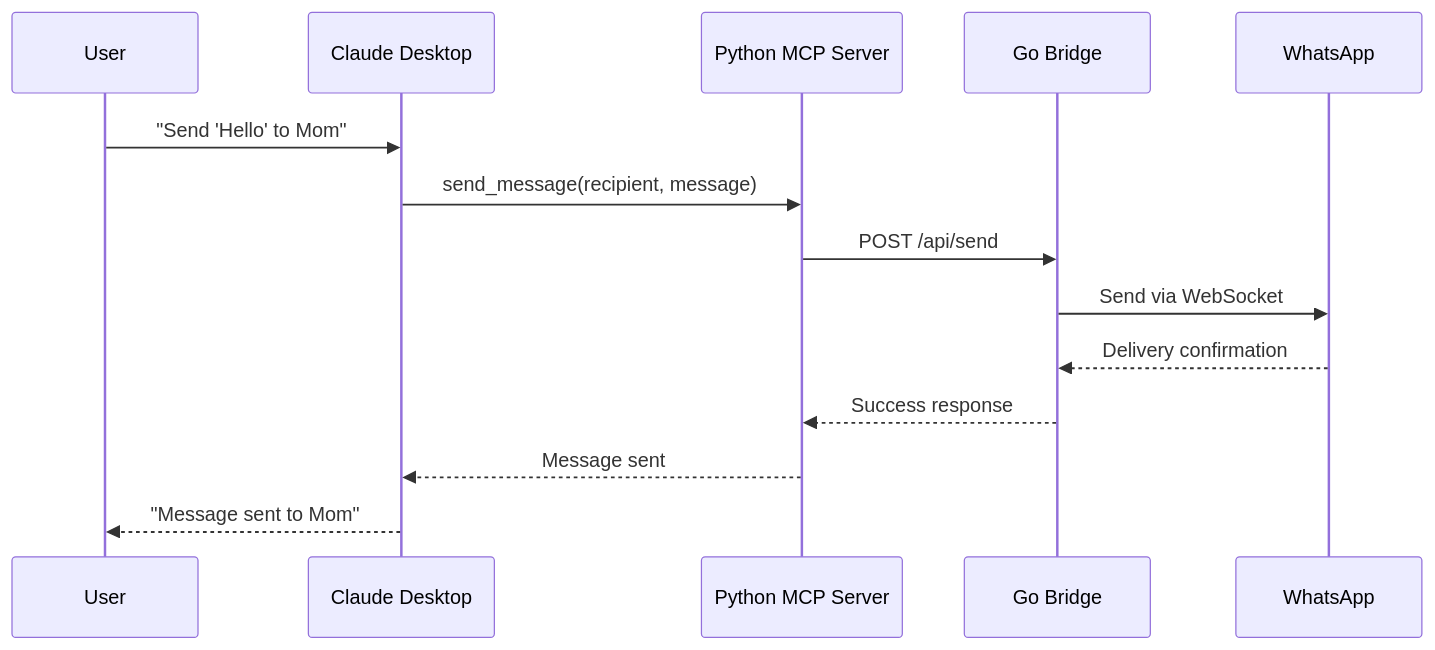
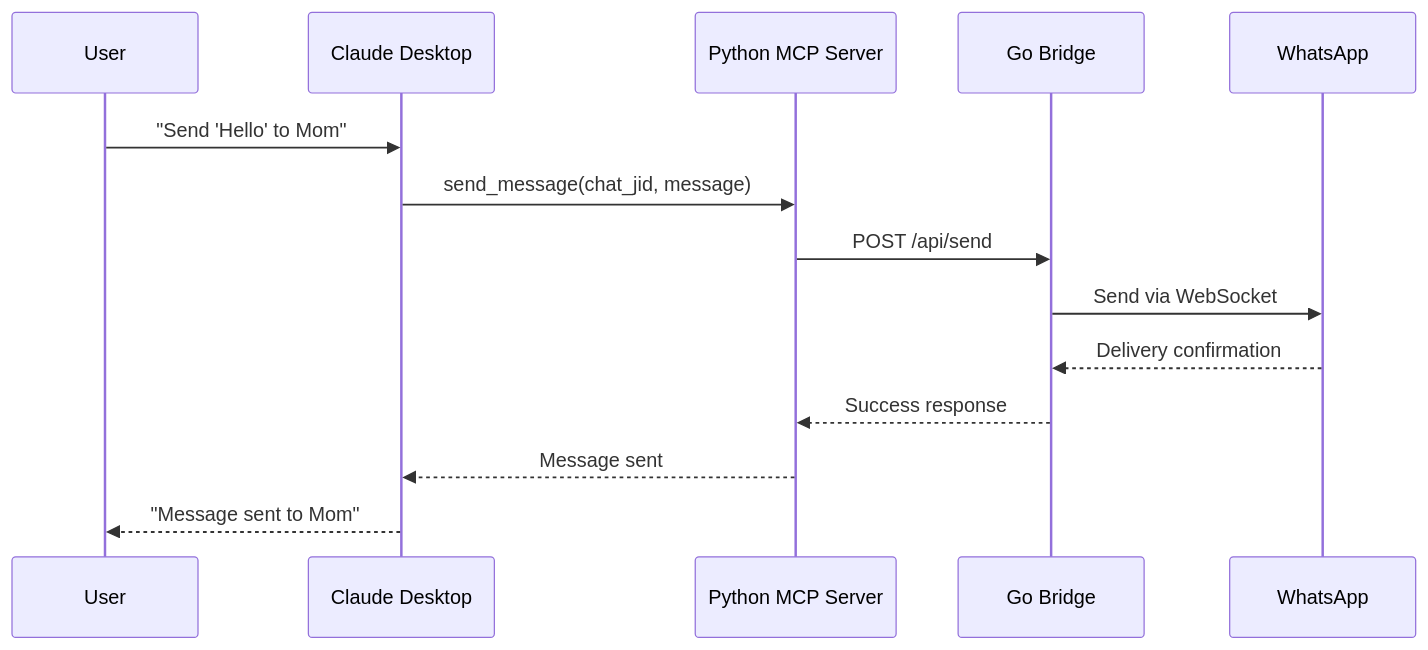
The third of 4 diagrams in docs/ARCHITECTURE.md (Tauri-EPO/whatsapp-mcp), drawn with Mermaid before and after one commit. The commit also changed 4 other files, not shown here.

First line of the commit message:
feat(mcp)!: one name for the chat argument, one argument order (#155)

````diff
--- a/docs/ARCHITECTURE.md
+++ b/docs/ARCHITECTURE.md
@@ -65,17 +65,17 @@
 ```mermaid
 sequenceDiagram
     participant User as User
     participant Claude as Claude Desktop
     participant MCP as Python MCP Server
     participant Bridge as Go Bridge
     participant WA as WhatsApp
 
     User->>Claude: "Send 'Hello' to Mom"
-    Claude->>MCP: send_message(recipient, message)
+    Claude->>MCP: send_message(chat_jid, message)
     MCP->>Bridge: POST /api/send
     Bridge->>WA: Send via WebSocket
     WA-->>Bridge: Delivery confirmation
     Bridge-->>MCP: Success response
     MCP-->>Claude: Message sent
     Claude-->>User: "Message sent to Mom"
 ```
````
